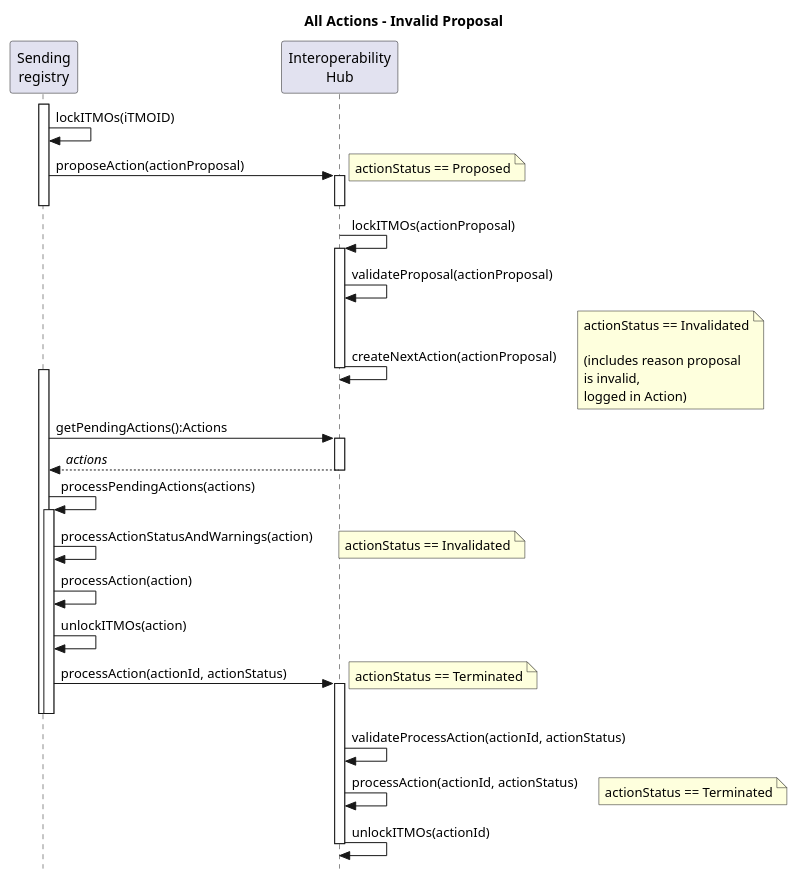
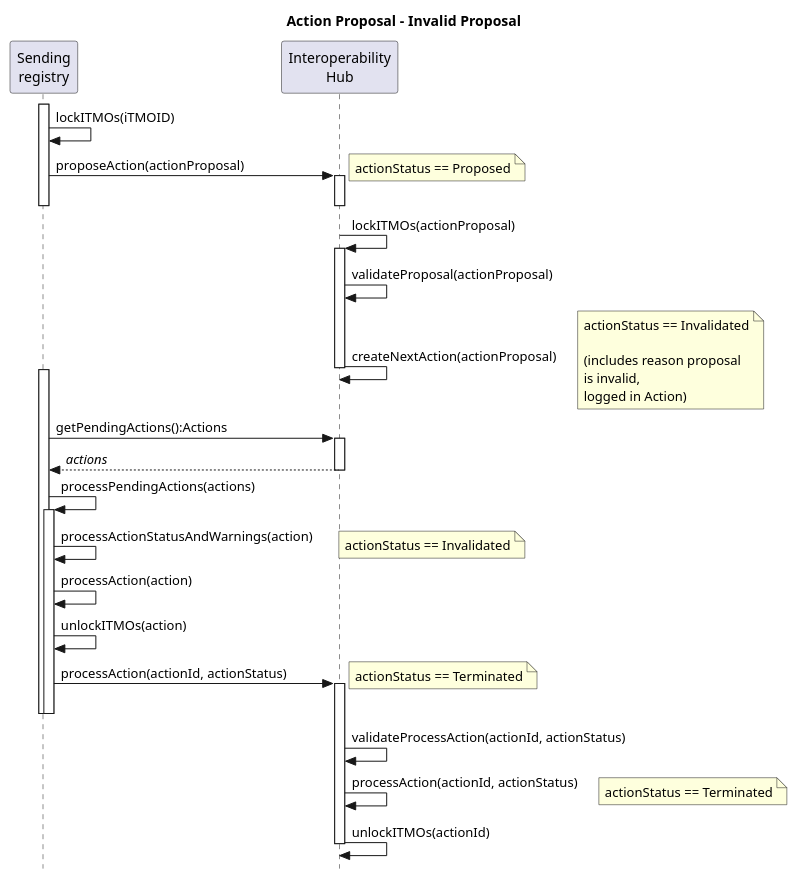
One commit to frankcnng/CARP changed the diagram in diagrams/actionProposal_Invalid_Sequence.puml. Above: the diagram before and after it, drawn with PlantUML.

```diff
--- a/diagrams/actionProposal_Invalid_Sequence.puml
+++ b/diagrams/actionProposal_Invalid_Sequence.puml
@@ -1,44 +1,44 @@
-@startuml All Actions - Invalid Proposal
+@startuml actionProposal_Invalid_Sequence
 
-title All Actions - Invalid Proposal
+title Action Proposal - Invalid Proposal
 
 skinparam style strictuml
 
 participant "Sending\nregistry" as Sender
 participant "Interoperability\nHub" as Hub
 
 activate Sender
 Sender -> Sender: lockITMOs(iTMOID)
 Sender -> Hub++ : proposeAction(actionProposal)
 note right: actionStatus == Proposed
 deactivate Sender
 deactivate Hub
 
   Hub -> Hub++: lockITMOs(actionProposal)
   Hub -> Hub: validateProposal(actionProposal)
   Hub -> Hub--: createNextAction(actionProposal)
   note right: actionStatus == Invalidated\n\n(includes reason proposal\nis invalid,\nlogged in Action)
   
   activate Sender
   Sender -> Hub++ : getPendingActions():Actions
   Sender <-- Hub: //actions//
   deactivate Hub
   
   Sender -> Sender: processPendingActions(actions)
   activate Sender
   Sender -> Sender: processActionStatusAndWarnings(action)
   note right: actionStatus == Invalidated
 
   Sender -> Sender: processAction(action)
   Sender -> Sender: unlockITMOs(action)
   
     Sender -> Hub++: processAction(actionId, actionStatus)
     note right: actionStatus == Terminated
     deactivate Sender
     deactivate Sender
     Hub -> Hub: validateProcessAction(actionId, actionStatus)
     Hub -> Hub: processAction(actionId, actionStatus)
     note right: actionStatus == Terminated
     Hub -> Hub--: unlockITMOs(actionId)
 
 @enduml
```
